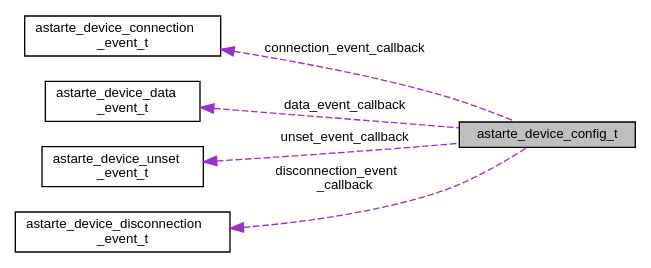
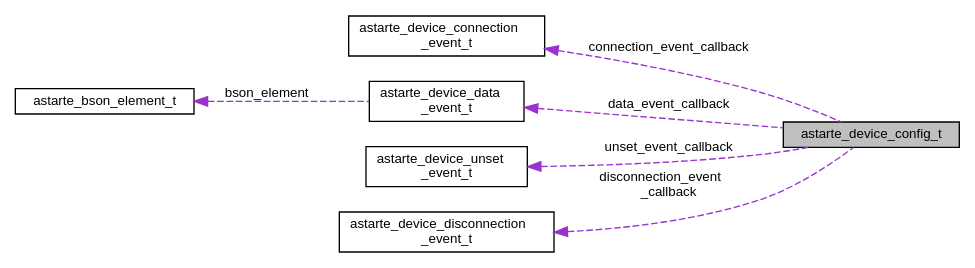
Before and after one commit to astarte-platform/docs: the diagram in device-sdks/esp32/snapshot/api/structastarte__device__config__t__coll__graph.dot, drawn with Graphviz. The commit also changed 57 other files, not shown here.

```diff
--- a/device-sdks/esp32/snapshot/api/structastarte__device__config__t__coll__graph.dot
+++ b/device-sdks/esp32/snapshot/api/structastarte__device__config__t__coll__graph.dot
@@ -1,16 +1,18 @@
 digraph "astarte_device_config_t"
 {
  // LATEX_PDF_SIZE
   edge [fontname="Helvetica",fontsize="10",labelfontname="Helvetica",labelfontsize="10"];
   node [fontname="Helvetica",fontsize="10",shape=record];
   rankdir="LR";
   Node1 [label="astarte_device_config_t",height=0.2,width=0.4,color="black", fillcolor="grey75", style="filled", fontcolor="black",tooltip=" "];
   Node2 -> Node1 [dir="back",color="darkorchid3",fontsize="10",style="dashed",label=" connection_event_callback" ,fontname="Helvetica"];
   Node2 [label="astarte_device_connection\l_event_t",height=0.2,width=0.4,color="black", fillcolor="white", style="filled",URL="$structastarte__device__connection__event__t.html",tooltip=" "];
   Node3 -> Node1 [dir="back",color="darkorchid3",fontsize="10",style="dashed",label=" data_event_callback" ,fontname="Helvetica"];
   Node3 [label="astarte_device_data\l_event_t",height=0.2,width=0.4,color="black", fillcolor="white", style="filled",URL="$structastarte__device__data__event__t.html",tooltip=" "];
-  Node4 -> Node1 [dir="back",color="darkorchid3",fontsize="10",style="dashed",label=" unset_event_callback" ,fontname="Helvetica"];
-  Node4 [label="astarte_device_unset\l_event_t",height=0.2,width=0.4,color="black", fillcolor="white", style="filled",URL="$structastarte__device__unset__event__t.html",tooltip=" "];
-  Node5 -> Node1 [dir="back",color="darkorchid3",fontsize="10",style="dashed",label=" disconnection_event\l_callback" ,fontname="Helvetica"];
-  Node5 [label="astarte_device_disconnection\l_event_t",height=0.2,width=0.4,color="black", fillcolor="white", style="filled",URL="$structastarte__device__disconnection__event__t.html",tooltip=" "];
+  Node4 -> Node3 [dir="back",color="darkorchid3",fontsize="10",style="dashed",label=" bson_element" ,fontname="Helvetica"];
+  Node4 [label="astarte_bson_element_t",height=0.2,width=0.4,color="black", fillcolor="white", style="filled",URL="$structastarte__bson__element__t.html",tooltip=" "];
+  Node5 -> Node1 [dir="back",color="darkorchid3",fontsize="10",style="dashed",label=" unset_event_callback" ,fontname="Helvetica"];
+  Node5 [label="astarte_device_unset\l_event_t",height=0.2,width=0.4,color="black", fillcolor="white", style="filled",URL="$structastarte__device__unset__event__t.html",tooltip=" "];
+  Node6 -> Node1 [dir="back",color="darkorchid3",fontsize="10",style="dashed",label=" disconnection_event\l_callback" ,fontname="Helvetica"];
+  Node6 [label="astarte_device_disconnection\l_event_t",height=0.2,width=0.4,color="black", fillcolor="white", style="filled",URL="$structastarte__device__disconnection__event__t.html",tooltip=" "];
 }
```
